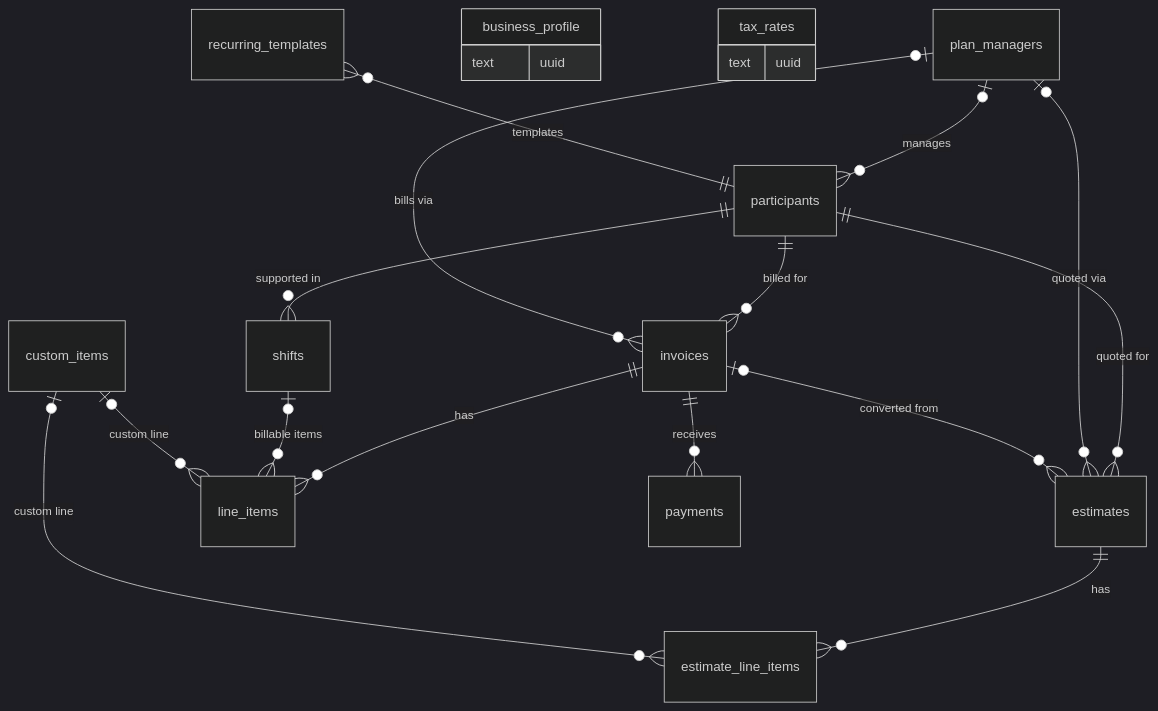
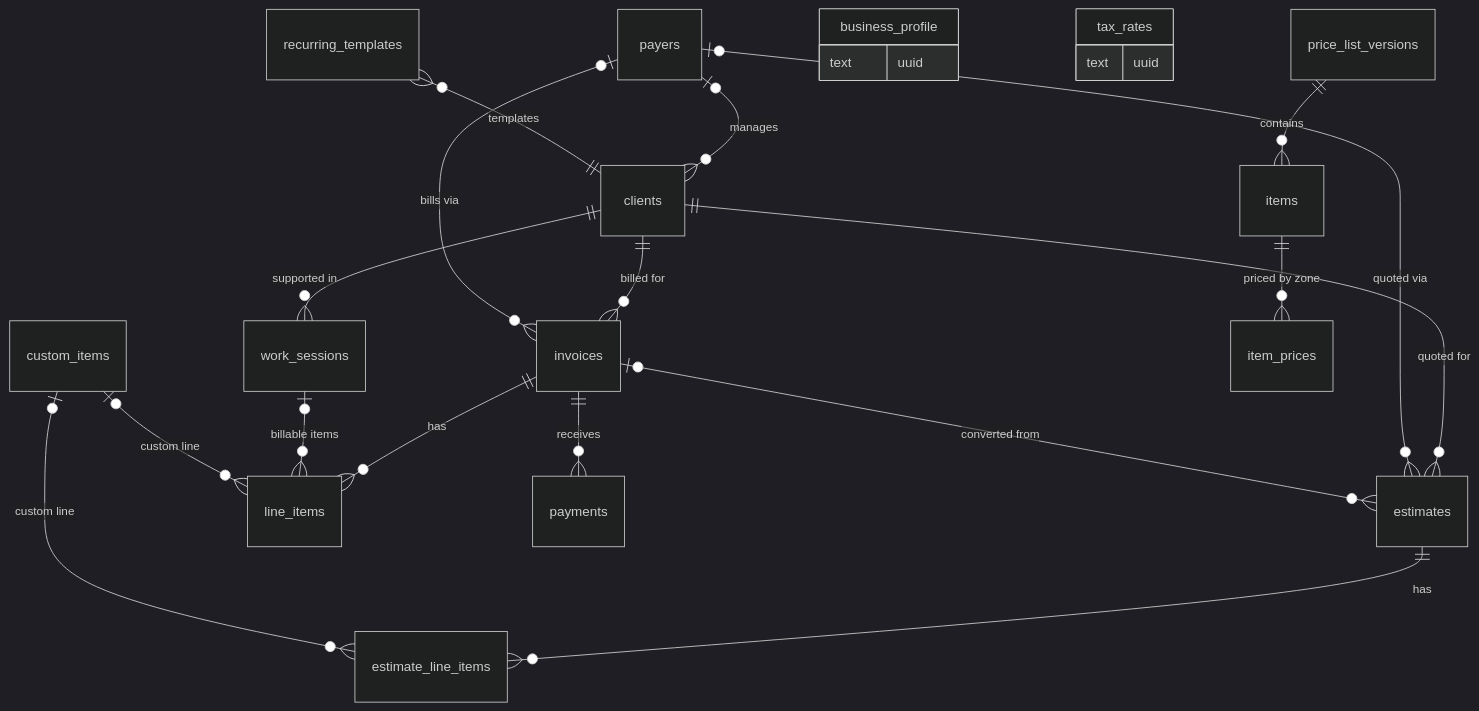
Before and after one commit to dknathalage/tallyo: the second of 2 diagrams in docs/superpowers/specs/2026-06-21-sqlite-db-per-tenant-design.md, drawn with Mermaid (dark theme). The commit also changed other lines of this file and 2 other files, not shown here.

````diff
--- a/docs/superpowers/specs/2026-06-21-sqlite-db-per-tenant-design.md
+++ b/docs/superpowers/specs/2026-06-21-sqlite-db-per-tenant-design.md
@@ -93,23 +101,25 @@
 ```mermaid
 erDiagram
-    plan_managers |o--o{ participants : manages
-    participants  ||--o{ invoices : "billed for"
-    plan_managers |o--o{ invoices : "bills via"
-    participants  ||--o{ estimates : "quoted for"
-    plan_managers |o--o{ estimates : "quoted via"
-    participants  ||--o{ shifts : "supported in"
+    payers        |o--o{ clients : manages
+    clients       ||--o{ invoices : "billed for"
+    payers        |o--o{ invoices : "bills via"
+    clients       ||--o{ estimates : "quoted for"
+    payers        |o--o{ estimates : "quoted via"
+    clients       ||--o{ work_sessions : "supported in"
     invoices      ||--o{ line_items : has
     invoices      ||--o{ payments : receives
     invoices      |o--o{ estimates : "converted from"
     estimates     ||--o{ estimate_line_items : has
-    shifts        |o--o{ line_items : "billable items"
+    work_sessions |o--o{ line_items : "billable items"
     custom_items  |o--o{ line_items : "custom line"
     custom_items  |o--o{ estimate_line_items : "custom line"
+    price_list_versions ||--o{ items : contains
+    items         ||--o{ item_prices : "priced by zone"
     business_profile {
         text uuid
     }
     tax_rates {
         text uuid
     }
-    recurring_templates }o--|| participants : "templates"
+    recurring_templates }o--|| clients : "templates"
 ```
````
